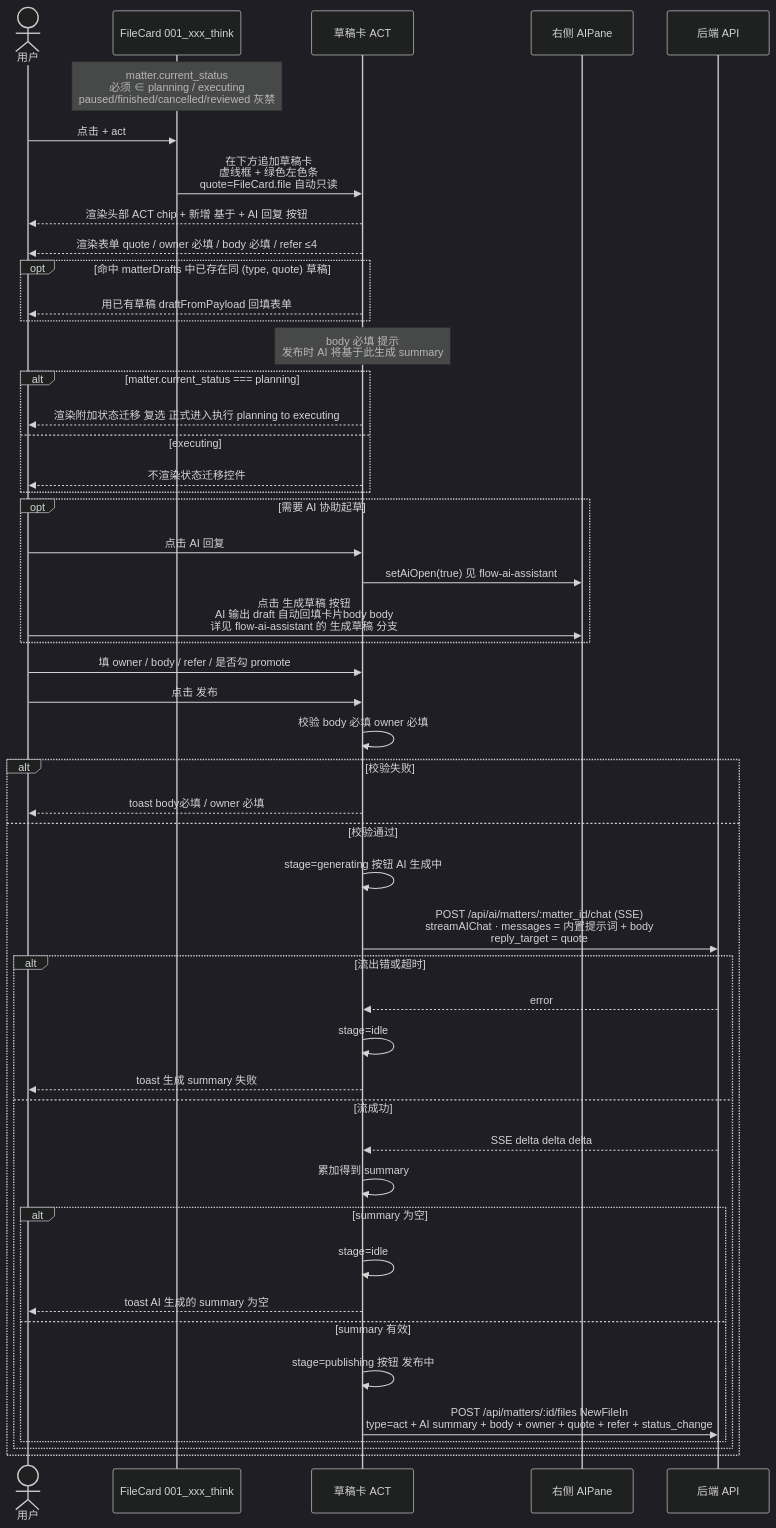
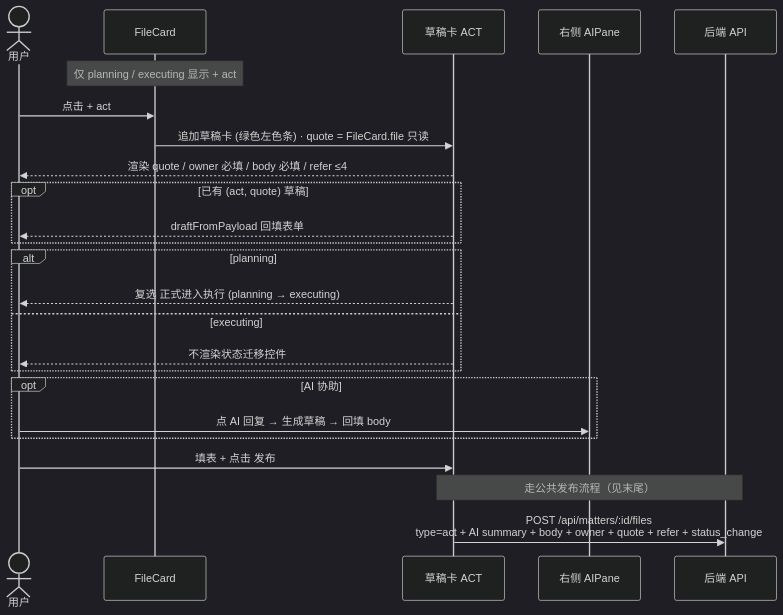
One commit to Tjk666Tjk6660/team-pivot-web changed the second of 6 diagrams in AI-docs/workflow-interaction/flow-cards-all.md. Above: the diagram before and after it, drawn with Mermaid (dark theme). The commit also changed other lines of this file and 2 other files, not shown here.

Commit message:
docs(matter): add workflow-interaction sequence diagram

````diff
--- a/AI-docs/workflow-interaction/flow-cards-all.md
+++ b/AI-docs/workflow-interaction/flow-cards-all.md
@@ -69,59 +50,32 @@
 ```mermaid
 sequenceDiagram
   actor U as 用户
-  participant FC as FileCard 001_xxx_think
+  participant FC as FileCard
   participant DC as 草稿卡 ACT
   participant AP as 右侧 AIPane
   participant API as 后端 API
 
-  Note over FC: matter.current_status<br/>必须 ∈ planning / executing<br/>paused/finished/cancelled/reviewed 灰禁
+  Note over FC: 仅 planning / executing 显示 + act
 
   U->>FC: 点击 + act
-  FC->>DC: 在下方追加草稿卡<br/>虚线框 + 绿色左色条<br/>quote=FileCard.file 自动只读
-  DC-->>U: 渲染头部 ACT chip + 新增 基于 + AI 回复 按钮
-  DC-->>U: 渲染表单 quote / owner 必填 / body 必填 / refer ≤4
-  opt 命中 matterDrafts 中已存在同 (type, quote) 草稿
-    DC-->>U: 用已有草稿 draftFromPayload 回填表单
+  FC->>DC: 追加草稿卡 (绿色左色条) · quote = FileCard.file 只读
+  DC-->>U: 渲染 quote / owner 必填 / body 必填 / refer ≤4
+
+  opt 已有 (act, quote) 草稿
+    DC-->>U: draftFromPayload 回填表单
   end
-  Note over DC: body 必填 提示<br/>发布时 AI 将基于此生成 summary
 
-  alt matter.current_status === planning
-    DC-->>U: 渲染附加状态迁移 复选 正式进入执行 planning to executing
+  alt planning
+    DC-->>U: 复选 正式进入执行 (planning → executing)
   else executing
     DC-->>U: 不渲染状态迁移控件
   end
 
-  opt 需要 AI 协助起草
-    U->>DC: 点击 AI 回复
-    DC->>AP: setAiOpen(true) 见 flow-ai-assistant
-    U->>AP: 点击 生成草稿 按钮<br/>AI 输出 draft 自动回填卡片body body<br/>详见 flow-ai-assistant 的 生成草稿 分支
+  opt AI 协助
+    U->>AP: 点 AI 回复 → 生成草稿 → 回填 body
   end
 
-  U->>DC: 填 owner / body / refer / 是否勾 promote
-  U->>DC: 点击 发布
-
-  DC->>DC: 校验 body 必填 owner 必填
-  alt 校验失败
-    DC-->>U: toast body必填 / owner 必填
-  else 校验通过
-    DC->>DC: stage=generating 按钮 AI 生成中
-
-    DC->>API: POST /api/ai/matters/:matter_id/chat (SSE)<br/>streamAIChat · messages = 内置提示词 + body<br/>reply_target = quote
-    alt 流出错或超时
-      API-->>DC: error
-      DC->>DC: stage=idle
-      DC-->>U: toast 生成 summary 失败
-    else 流成功
-      API-->>DC: SSE delta delta delta
-      DC->>DC: 累加得到 summary
-
-      alt summary 为空
-        DC->>DC: stage=idle
-        DC-->>U: toast AI 生成的 summary 为空
-      else summary 有效
-        DC->>DC: stage=publishing 按钮 发布中
-        DC->>API: POST /api/matters/:id/files NewFileIn<br/>type=act + AI summary + body + owner + quote + refer + status_change
-      end
-    end
-  end
+  U->>DC: 填表 + 点击 发布
+  Note over DC,API: 走公共发布流程（见末尾）
+  DC->>API: POST /api/matters/:id/files<br/>type=act + AI summary + body + owner + quote + refer + status_change
 ```
````
